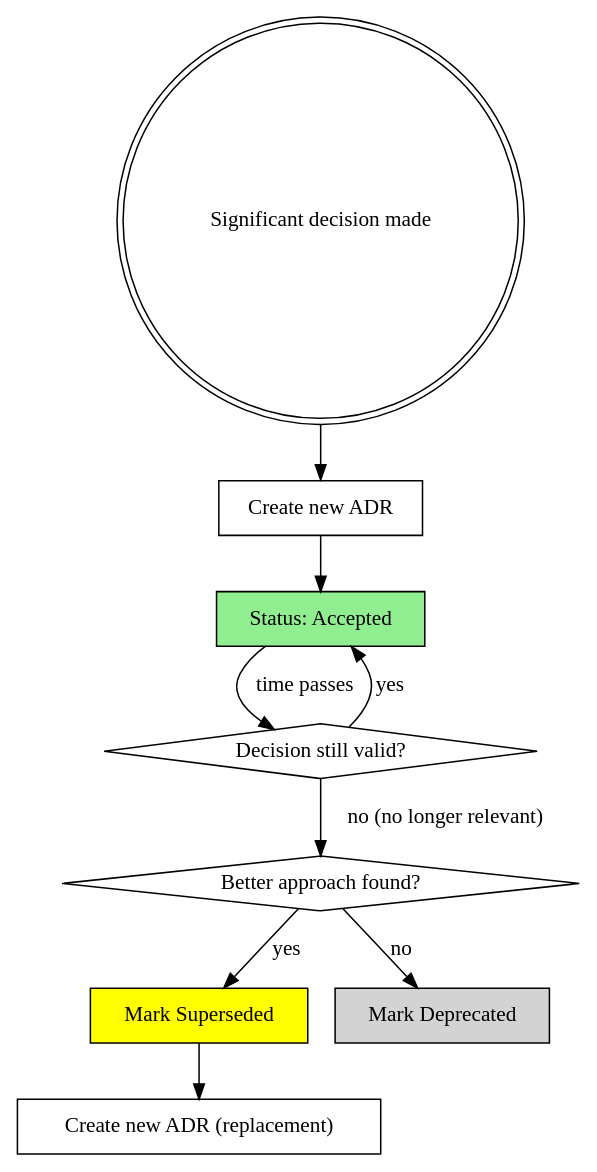
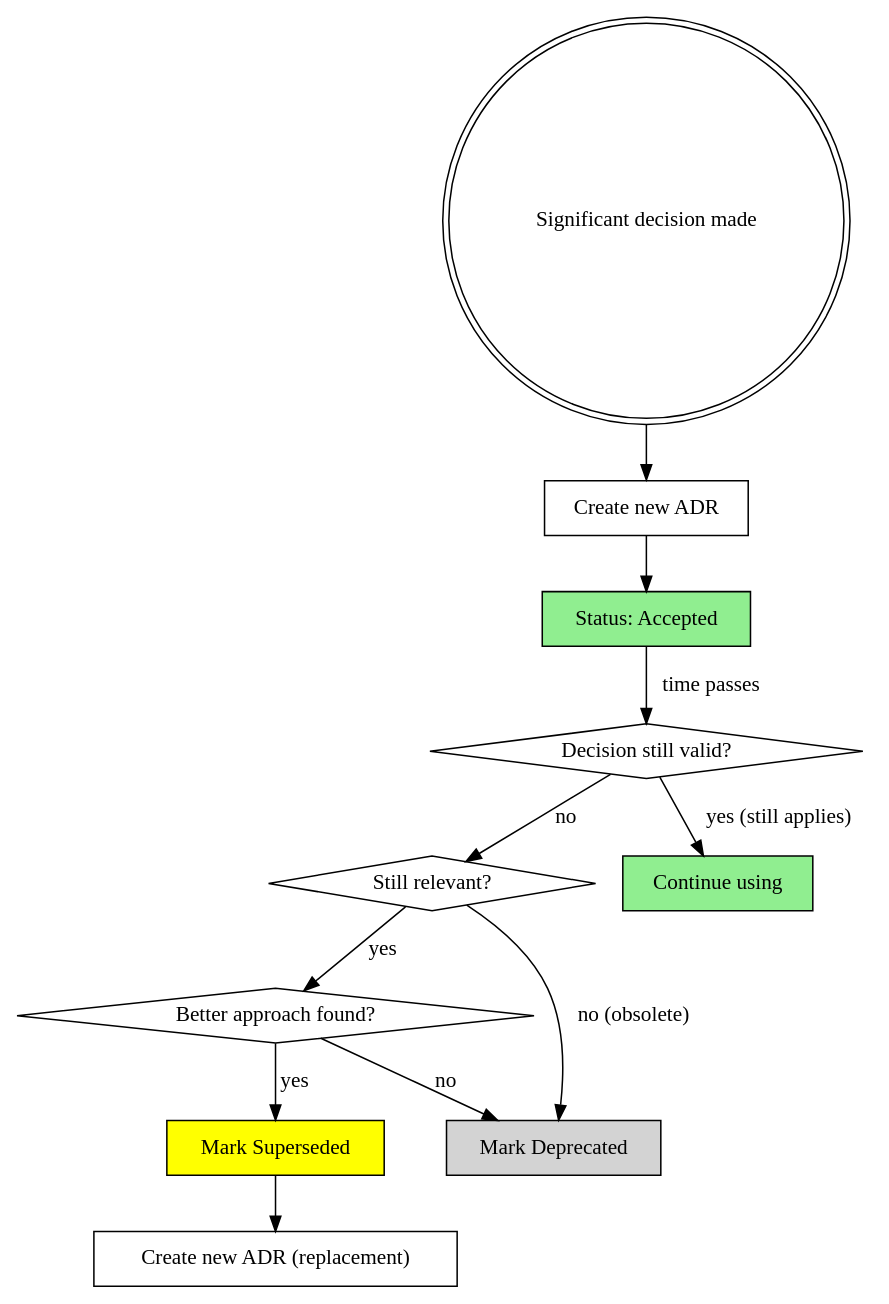
Before and after one commit to mdproctor/cc-praxis: the diagram in adr/SKILL.md, drawn with Graphviz. The commit also changed 10 other files, not shown here.

````diff
--- a/adr/SKILL.md
+++ b/adr/SKILL.md
@@ -143,21 +143,25 @@
 ```dot
 digraph adr_lifecycle {
     "Significant decision made" [shape=doublecircle];
     "Create new ADR" [shape=box];
     "Status: Accepted" [shape=box, style=filled, fillcolor=lightgreen];
     "Decision still valid?" [shape=diamond];
+    "Still relevant?" [shape=diamond];
     "Better approach found?" [shape=diamond];
     "Mark Superseded" [shape=box, style=filled, fillcolor=yellow];
     "Mark Deprecated" [shape=box, style=filled, fillcolor=lightgray];
     "Create new ADR (replacement)" [shape=box];
+    "Continue using" [shape=box, style=filled, fillcolor=lightgreen];
 
     "Significant decision made" -> "Create new ADR";
     "Create new ADR" -> "Status: Accepted";
     "Status: Accepted" -> "Decision still valid?" [label="time passes"];
-    "Decision still valid?" -> "Better approach found?" [label="no (no longer relevant)"];
-    "Decision still valid?" -> "Status: Accepted" [label="yes"];
+    "Decision still valid?" -> "Continue using" [label="yes (still applies)"];
+    "Decision still valid?" -> "Still relevant?" [label="no"];
+    "Still relevant?" -> "Better approach found?" [label="yes"];
+    "Still relevant?" -> "Mark Deprecated" [label="no (obsolete)"];
+    "Better approach found?" -> "Mark Superseded" [label="yes"];
     "Better approach found?" -> "Mark Deprecated" [label="no"];
-    "Better approach found?" -> "Mark Superseded" [label="yes"];
     "Mark Superseded" -> "Create new ADR (replacement)";
 }
 ```
````
